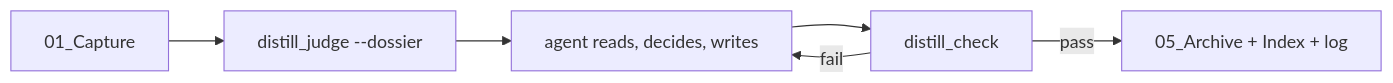
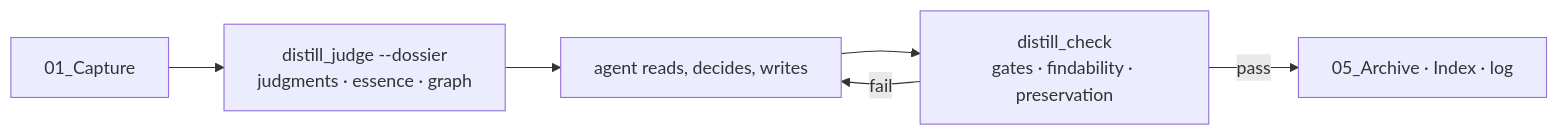
Before and after one commit to marsmike/agentic-toolkit: the diagram in plugins/obsidian/README.md, drawn with Mermaid. The commit also changed other lines of this file and 6 other files, not shown here.

First line of the commit message:
Docs: typed judgments explained in one place per surface, with simple diagrams

````diff
--- a/plugins/obsidian/README.md
+++ b/plugins/obsidian/README.md
@@ -42,8 +52,8 @@
 ```mermaid
 flowchart LR
-  C[01_Capture] --> DJ[distill_judge --dossier]
+  C[01_Capture] --> DJ["distill_judge --dossier<br/>judgments · essence · graph"]
   DJ --> A[agent reads, decides, writes]
-  A --> CK[distill_check]
-  CK -- pass --> AR[05_Archive + Index + log]
+  A --> CK["distill_check<br/>gates · findability · preservation"]
+  CK -- pass --> AR[05_Archive · Index · log]
   CK -- fail --> A
 ```
````
